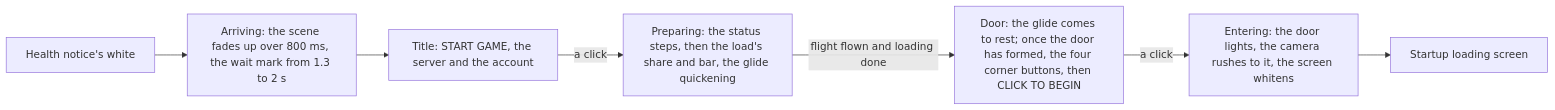
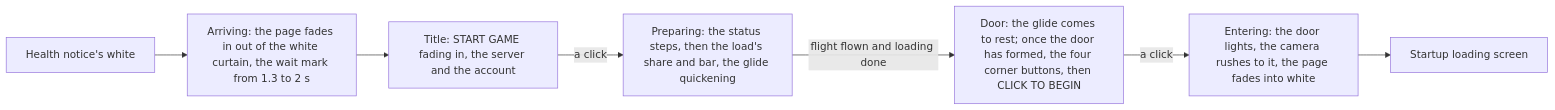
One commit to Esposter/Esposter changed the first of 2 diagrams in apps/web/content/docs/genshin/login-screen.md. Above: the diagram before and after it, drawn with Mermaid. The commit also changed other lines of this file and 7 other files, not shown here.

````diff
--- a/apps/web/content/docs/genshin/login-screen.md
+++ b/apps/web/content/docs/genshin/login-screen.md
@@ -12,9 +12,9 @@
 ```mermaid
 flowchart LR
-  N[Health notice's white] --> A[Arriving: the scene fades up over 800 ms, the wait mark from 1.3 to 2 s]
-  A --> T[Title: START GAME, the server and the account]
+  N[Health notice's white] --> A[Arriving: the page fades in out of the white curtain, the wait mark from 1.3 to 2 s]
+  A --> T[Title: START GAME fading in, the server and the account]
   T -->|a click| P[Preparing: the status steps, then the load's share and bar, the glide quickening]
   P -->|"flight flown and loading done"| D[Door: the glide comes to rest; once the door has formed, the four corner buttons, then CLICK TO BEGIN]
-  D -->|a click| E[Entering: the door lights, the camera rushes to it, the screen whitens]
+  D -->|a click| E[Entering: the door lights, the camera rushes to it, the page fades into white]
   E --> S[Startup loading screen]
 ```
````
